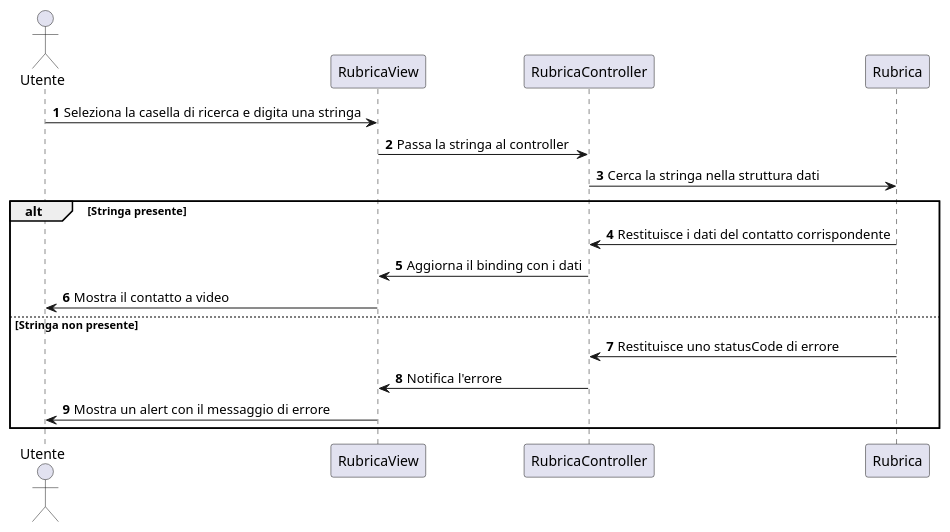
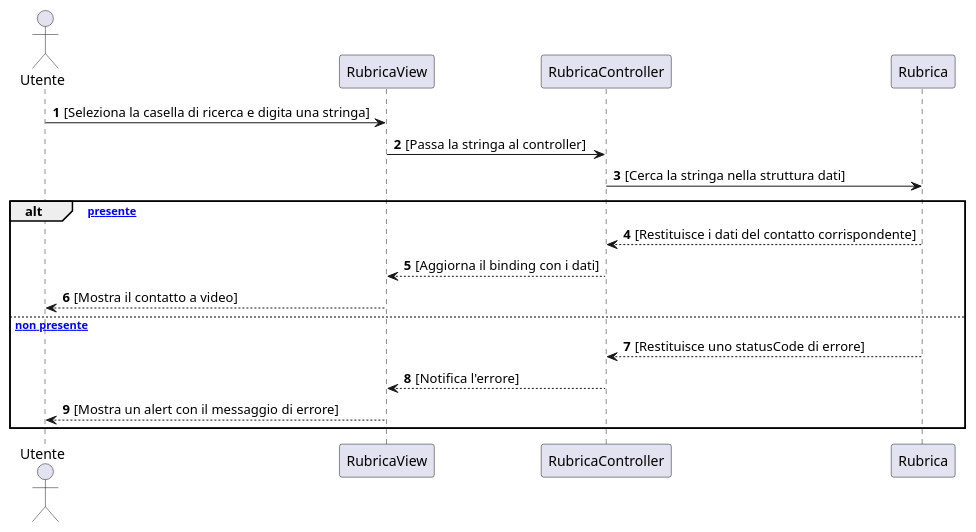
The diagram in docs/bozze/Diagrammi/Sequenza/ScenarioRicercaContatto.puml (emanueletocci/uni-swe-project), drawn with PlantUML before and after one commit. The commit also changed 3 other files, not shown here.

```diff
--- a/docs/bozze/Diagrammi/Sequenza/ScenarioRicercaContatto.puml
+++ b/docs/bozze/Diagrammi/Sequenza/ScenarioRicercaContatto.puml
@@ -1,21 +1,19 @@
 @startuml
 autonumber
 actor Utente
 participant RubricaView
 participant RubricaController
 participant Rubrica
-
-Utente -> RubricaView : Seleziona la casella di ricerca e digita una stringa
-RubricaView -> RubricaController : Passa la stringa al controller
-RubricaController -> Rubrica : Cerca la stringa nella struttura dati
-
-alt Stringa presente
-    Rubrica -> RubricaController : Restituisce i dati del contatto corrispondente
-    RubricaController -> RubricaView : Aggiorna il binding con i dati
-    RubricaView -> Utente : Mostra il contatto a video
-else Stringa non presente
-    Rubrica -> RubricaController : Restituisce uno statusCode di errore
-    RubricaController -> RubricaView : Notifica l'errore
-    RubricaView -> Utente : Mostra un alert con il messaggio di errore
+Utente -> RubricaView: [Seleziona la casella di ricerca e digita una stringa]
+RubricaView -> RubricaController: [Passa la stringa al controller]
+RubricaController -> Rubrica: [Cerca la stringa nella struttura dati]
+alt [Stringa presente]
+    Rubrica --> RubricaController: [Restituisce i dati del contatto corrispondente]
+    RubricaController --> RubricaView: [Aggiorna il binding con i dati]
+    RubricaView --> Utente: [Mostra il contatto a video]
+else [Stringa non presente]
+    Rubrica --> RubricaController: [Restituisce uno statusCode di errore]
+    RubricaController --> RubricaView: [Notifica l'errore]
+    RubricaView --> Utente: [Mostra un alert con il messaggio di errore] 
 end
 @enduml
```
